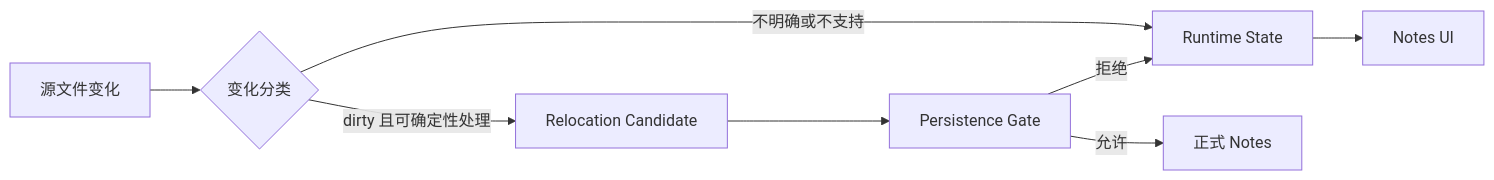
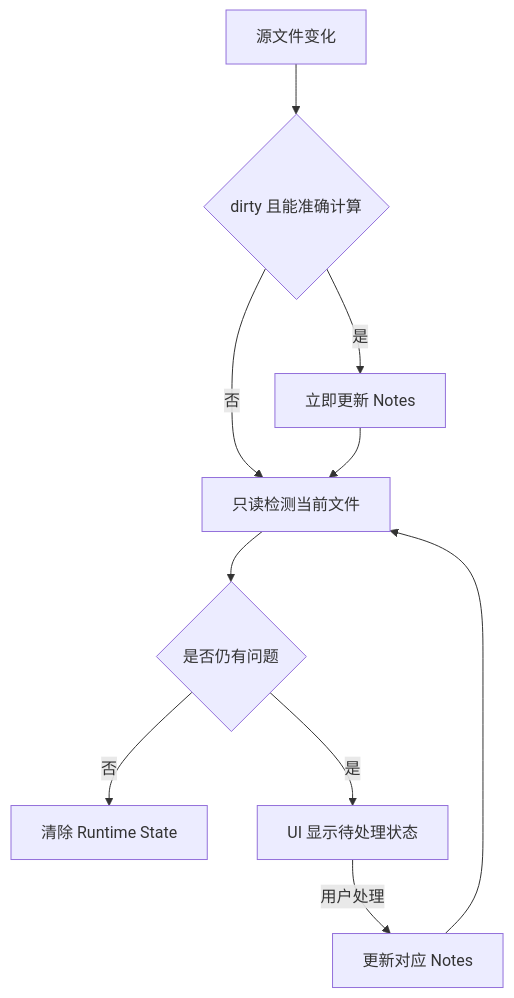
Before and after one commit to Leo7805/czaza: the diagram in .czaza/architecture-notes/diagrams/runtime-state-source-change.md, drawn with Mermaid. The commit also changed other lines of this file and 14 other files, not shown here.

````diff
--- a/.czaza/architecture-notes/diagrams/runtime-state-source-change.md
+++ b/.czaza/architecture-notes/diagrams/runtime-state-source-change.md
@@ -18,10 +16,12 @@
 ```mermaid
-flowchart LR
-    A[源文件变化] --> B{变化分类}
-    B -->|dirty 且可确定性处理| C[Relocation Candidate]
-    B -->|不明确或不支持| D[Runtime State]
-    C --> E[Persistence Gate]
-    E -->|允许| F[正式 Notes]
-    E -->|拒绝| D
-    D --> G[Notes UI]
+flowchart TD
+    A[源文件变化] --> B{dirty 且能准确计算}
+    B -->|是| C[立即更新 Notes]
+    B -->|否| D[只读检测当前文件]
+    C --> D
+    D --> E{是否仍有问题}
+    E -->|否| F[清除 Runtime State]
+    E -->|是| G[UI 显示待处理状态]
+    G -->|用户处理| H[更新对应 Notes]
+    H --> D
 ```
````
